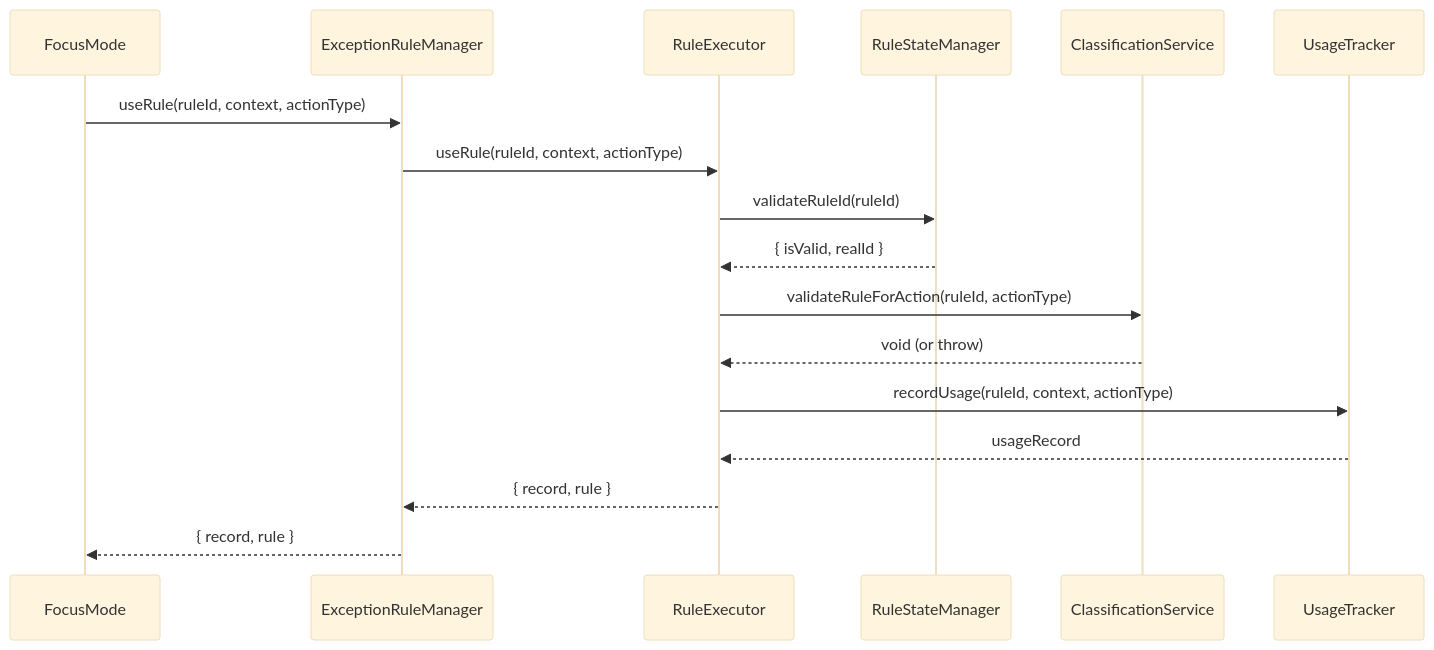
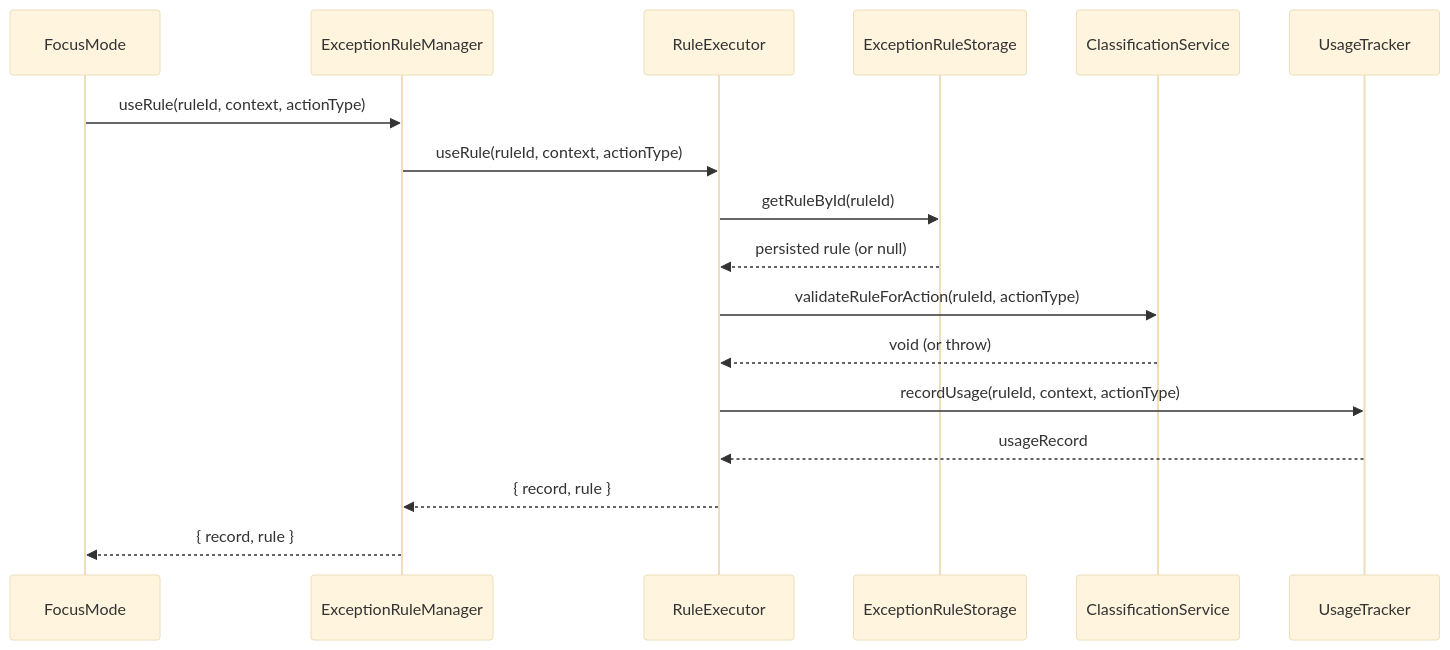
One commit to KenXiao1/momentum changed the second of 2 diagrams in docs/modules/EXCEPTION_RULE_SYSTEM.md. Above: the diagram before and after it, drawn with Mermaid (base theme). The commit also changed other lines of this file and 41 other files, not shown here.

````diff
--- a/docs/modules/EXCEPTION_RULE_SYSTEM.md
+++ b/docs/modules/EXCEPTION_RULE_SYSTEM.md
@@ -94,20 +94,20 @@
 ```mermaid
 sequenceDiagram
     participant FocusMode
     participant Manager as ExceptionRuleManager
     participant Executor as RuleExecutor
-    participant StateManager as RuleStateManager
+    participant Storage as ExceptionRuleStorage
     participant Classification as ClassificationService
     participant Tracker as UsageTracker
 
     FocusMode->>Manager: useRule(ruleId, context, actionType)
     Manager->>Executor: useRule(ruleId, context, actionType)
-    Executor->>StateManager: validateRuleId(ruleId)
-    StateManager-->>Executor: { isValid, realId }
+    Executor->>Storage: getRuleById(ruleId)
+    Storage-->>Executor: persisted rule (or null)
     Executor->>Classification: validateRuleForAction(ruleId, actionType)
     Classification-->>Executor: void (or throw)
     Executor->>Tracker: recordUsage(ruleId, context, actionType)
     Tracker-->>Executor: usageRecord
     Executor-->>Manager: { record, rule }
     Manager-->>FocusMode: { record, rule }
 ```
````
